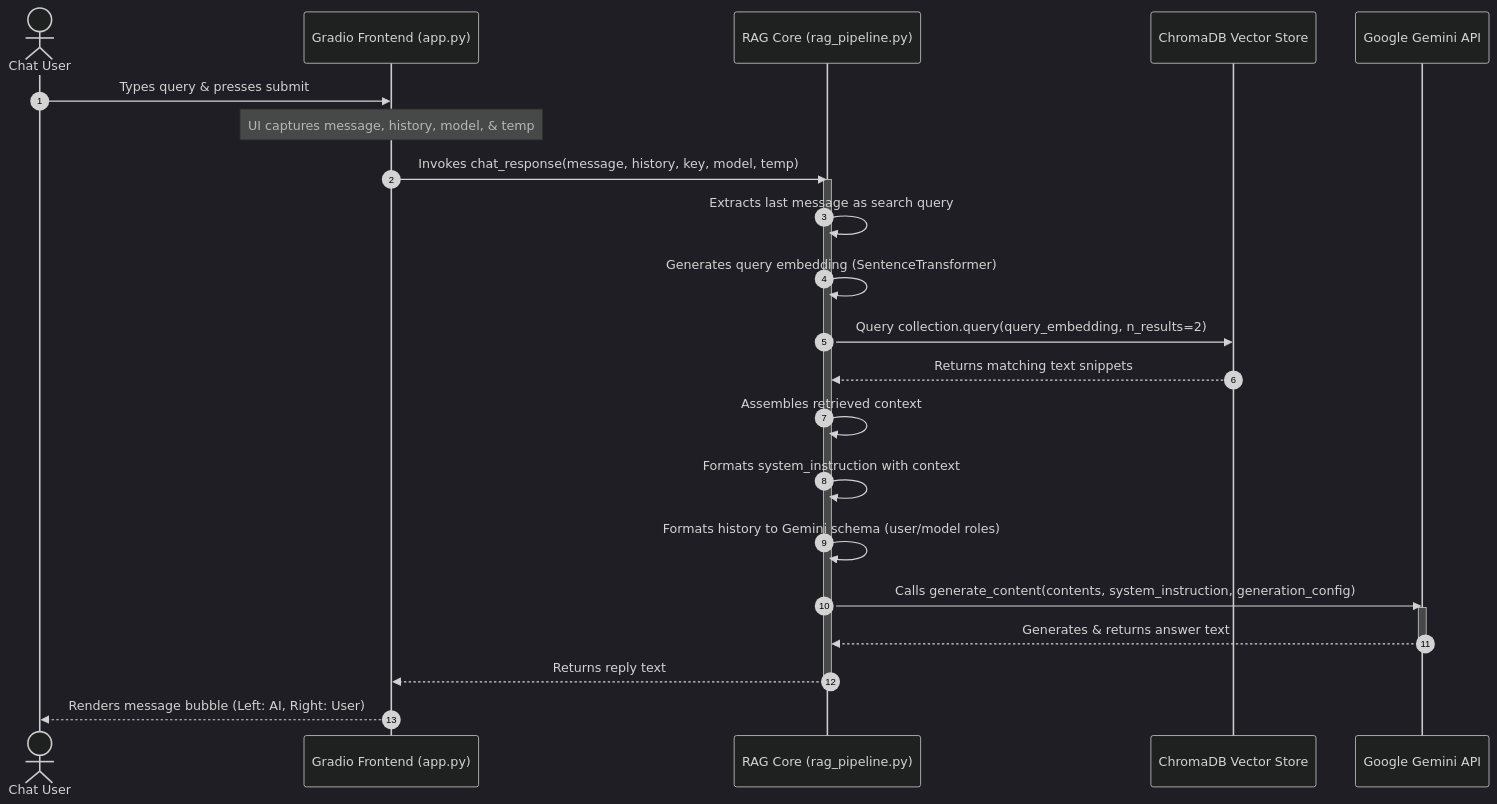
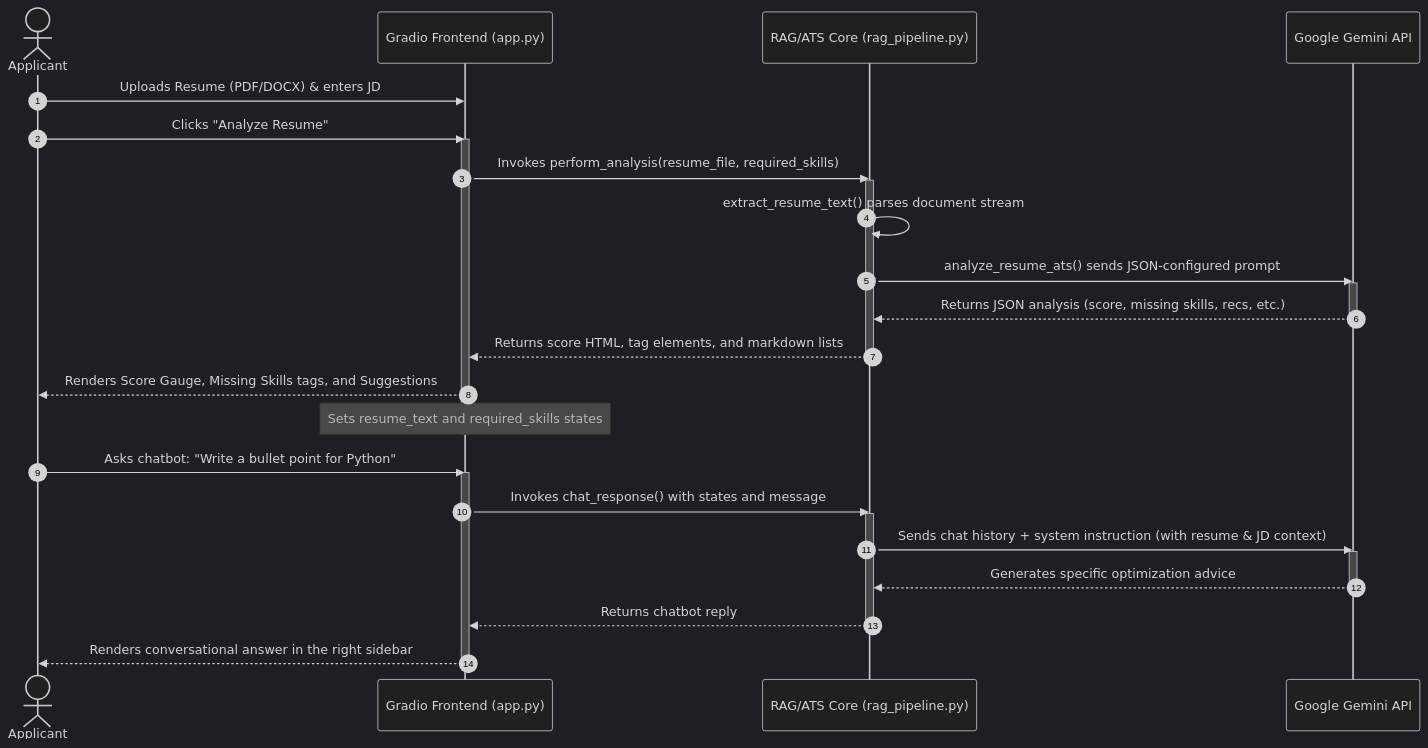
One commit to Saravanank2005/ChatbotAI changed the second of 2 diagrams in project_report.md. Above: the diagram before and after it, drawn with Mermaid (dark theme). The commit also changed other lines of this file and 2 other files, not shown here.

Commit message:
Pivot to Resume ATS Analyzer, add PDF/DOCX support, and integrate collapsible corner Resume Coach chatbot

````diff
--- a/project_report.md
+++ b/project_report.md
@@ -65,32 +65,39 @@
 ```mermaid
 sequenceDiagram
     autonumber
-    actor User as Chat User
+    actor User as Applicant
     participant UI as Gradio Frontend (app.py)
-    participant Core as RAG Core (rag_pipeline.py)
-    participant DB as ChromaDB Vector Store
-    participant API as Google Gemini API
+    participant Core as RAG/ATS Core (rag_pipeline.py)
+    participant Gemini as Google Gemini API
 
-    User->>UI: Types query & presses submit
-    Note over UI: UI captures message, history, model, & temp
-    UI->>Core: Invokes chat_response(message, history, key, model, temp)
+    User->>UI: Uploads Resume (PDF/DOCX) & enters JD
+    User->>UI: Clicks "Analyze Resume"
     
+    activate UI
+    UI->>Core: Invokes perform_analysis(resume_file, required_skills)
     activate Core
-    Core->>Core: Extracts last message as search query
-    Core->>Core: Generates query embedding (SentenceTransformer)
-    Core->>DB: Query collection.query(query_embedding, n_results=2)
-    DB-->>Core: Returns matching text snippets
-    Core->>Core: Assembles retrieved context
-    Core->>Core: Formats system_instruction with context
-    Core->>Core: Formats history to Gemini schema (user/model roles)
-    
-    Core->>API: Calls generate_content(contents, system_instruction, generation_config)
-    activate API
-    API-->>Core: Generates & returns answer text
-    deactivate API
-    
-    Core-->>UI: Returns reply text
+    Core->>Core: extract_resume_text() parses document stream
+    Core->>Gemini: analyze_resume_ats() sends JSON-configured prompt
+    activate Gemini
+    Gemini-->>Core: Returns JSON analysis (score, missing skills, recs, etc.)
+    deactivate Gemini
+    Core-->>UI: Returns score HTML, tag elements, and markdown lists
     deactivate Core
     
-    UI-->>User: Renders message bubble (Left: AI, Right: User)
+    UI-->>User: Renders Score Gauge, Missing Skills tags, and Suggestions
+    Note over UI: Sets resume_text and required_skills states
+    deactivate UI
+
+    User->>UI: Asks chatbot: "Write a bullet point for Python"
+    activate UI
+    UI->>Core: Invokes chat_response() with states and message
+    activate Core
+    Core->>Gemini: Sends chat history + system instruction (with resume & JD context)
+    activate Gemini
+    Gemini-->>Core: Generates specific optimization advice
+    deactivate Gemini
+    Core-->>UI: Returns chatbot reply
+    deactivate Core
+    UI-->>User: Renders conversational answer in the right sidebar
+    deactivate UI
 ```
````
